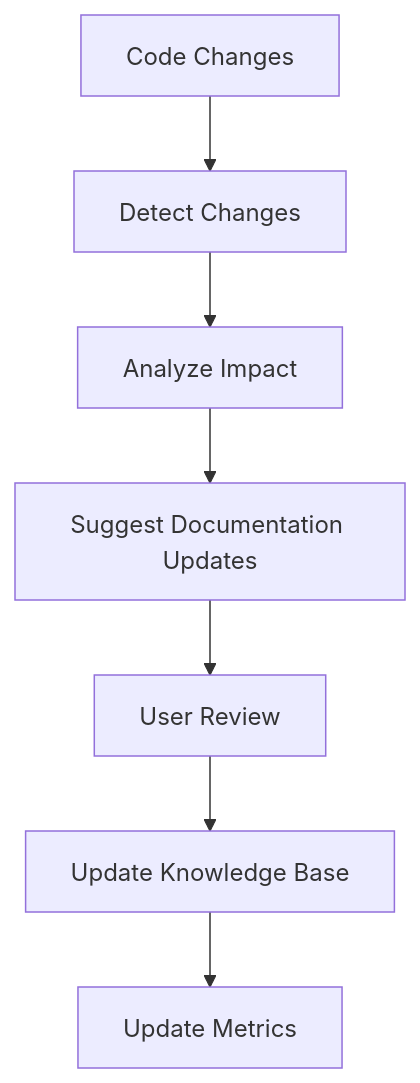
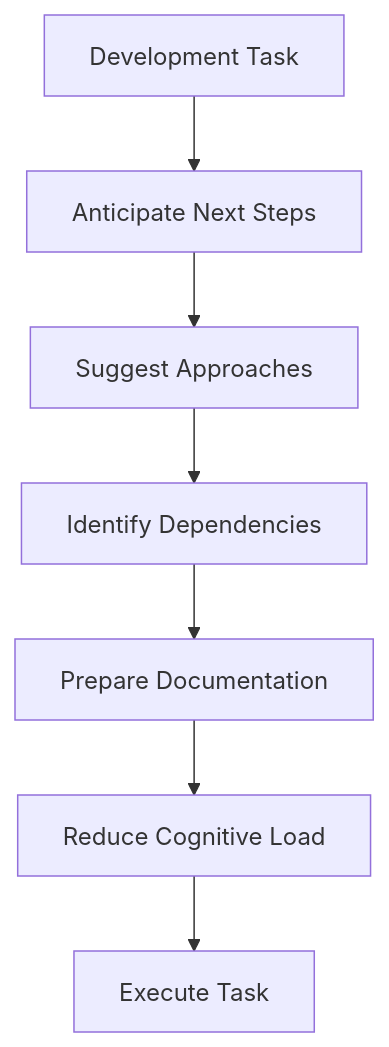
Before and after one commit to ishwar-chandra/llm-profiles-prompts: the fifth of 8 diagrams in memorybank.md, drawn with Mermaid. The commit also changed other lines of this file, not shown here.

````diff
--- a/memorybank.md
+++ b/memorybank.md
@@ -182,9 +166,9 @@
 ```mermaid
 flowchart TD
-    Start[Code Changes] --> Detect[Detect Changes]
-    Detect --> Analyze[Analyze Impact]
-    Analyze --> Suggest[Suggest Documentation Updates]
-    Suggest --> Review[User Review]
-    Review --> Update[Update Knowledge Base]
-    Update --> Metrics[Update Metrics]
+    Start[Development Task] --> Anticipate[Anticipate Next Steps]
+    Anticipate --> Suggest[Suggest Approaches]
+    Suggest --> Identify[Identify Dependencies]
+    Identify --> Prepare[Prepare Documentation]
+    Prepare --> Reduce[Reduce Cognitive Load]
+    Reduce --> Execute[Execute Task]
 ```
````
